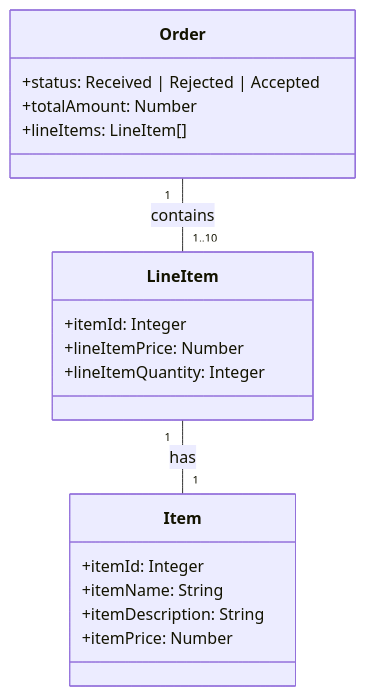
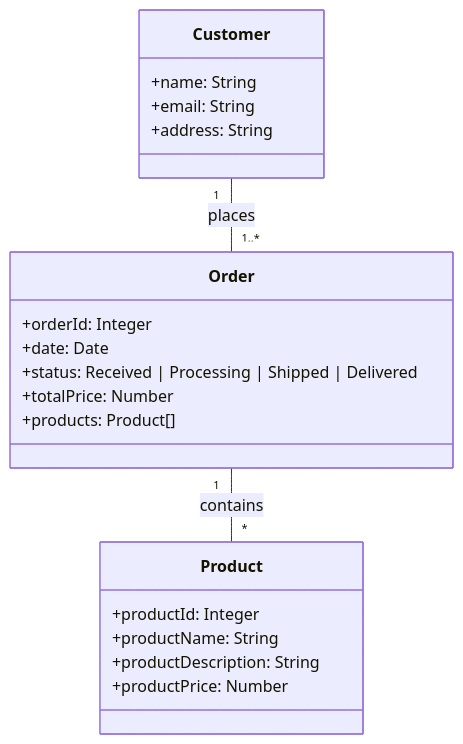
The diagram in HELP.md (prado-org/demo-copilot), drawn with Mermaid before and after one commit. The commit also changed other lines of this file, not shown here.

````diff
--- a/HELP.md
+++ b/HELP.md
@@ -58,22 +59,23 @@
 ```mermaid
 classDiagram
-    Order "1" -- "1..10" LineItem : contains
-    LineItem "1" -- "1" Item : has
+    Customer "1" -- "1..*" Order : places
+    Order "1" -- "*" Product : contains
+    class Customer {
+        +name: String
+        +email: String
+        +address: String
+    }
     class Order {
-        +status: Received | Rejected | Accepted
-        +totalAmount: Number
-        +lineItems: LineItem[]
+        +orderId: Integer
+        +date: Date
+        +status: Received | Processing | Shipped | Delivered
+        +totalPrice: Number
+        +products: Product[]
     }
-    class LineItem {
-        +itemId: Integer
-        +lineItemPrice: Number
-        +lineItemQuantity: Integer
+    class Product {
+        +productId: Integer
+        +productName: String
+        +productDescription: String
+        +productPrice: Number
     }
-    class Item {
-        +itemId: Integer
-        +itemName: String
-        +itemDescription: String
-        +itemPrice: Number
-    }
-    
 ```
````
